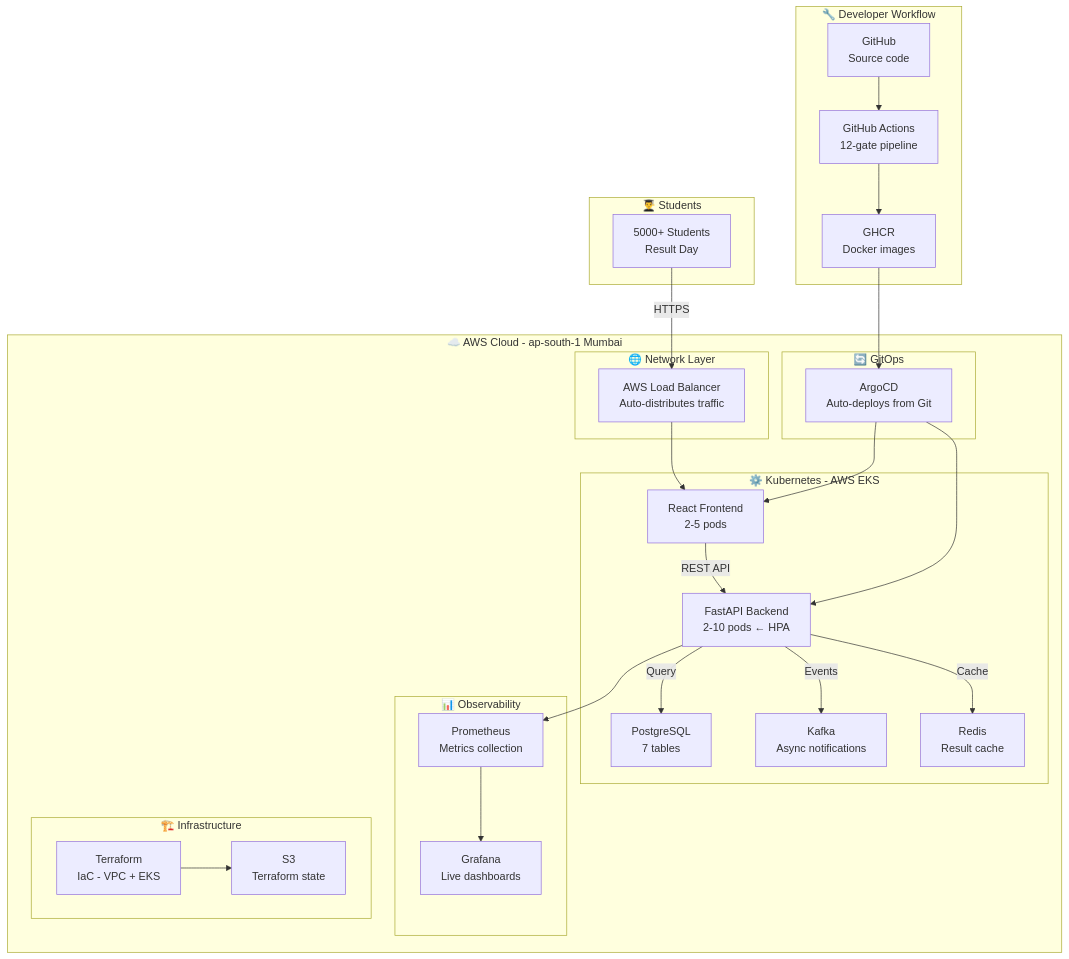
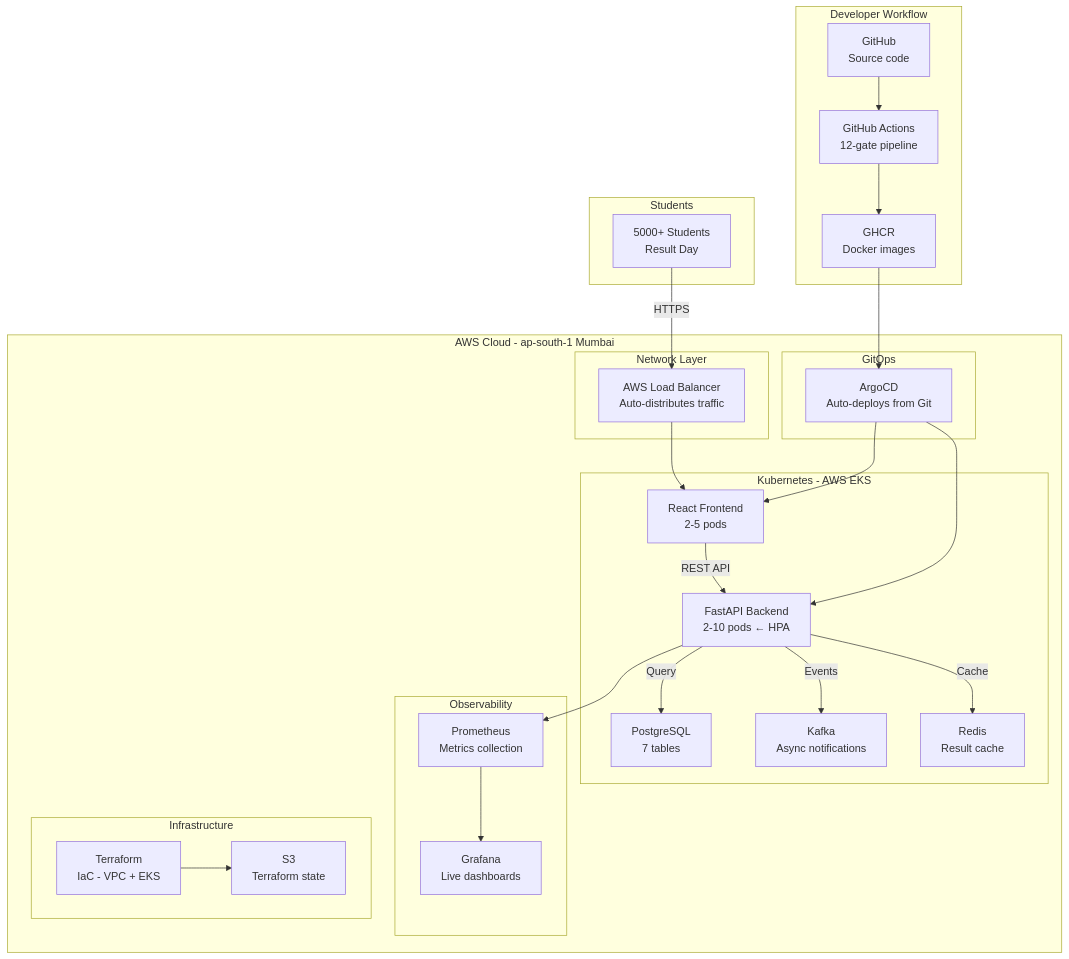
Before and after one commit to crms-devops/crms: the first of 7 diagrams in README.md, drawn with Mermaid. The commit also changed other lines of this file, not shown here.

````diff
--- a/README.md
+++ b/README.md
@@ -65,55 +65,55 @@
 ```mermaid
 graph TB
-    subgraph "👨‍🎓 Students"
+    subgraph " Students"
         S[5000+ Students<br/>Result Day]
     end
 
-    subgraph "☁️ AWS Cloud - ap-south-1 Mumbai"
-        subgraph "🌐 Network Layer"
+    subgraph " AWS Cloud - ap-south-1 Mumbai"
+        subgraph " Network Layer"
             LB[AWS Load Balancer<br/>Auto-distributes traffic]
         end
 
-        subgraph "⚙️ Kubernetes - AWS EKS"
+        subgraph " Kubernetes - AWS EKS"
             FE[React Frontend<br/>2-5 pods]
             BE[FastAPI Backend<br/>2-10 pods ← HPA]
             DB[PostgreSQL<br/>7 tables]
             KF[Kafka<br/>Async notifications]
             RD[Redis<br/>Result cache]
         end
 
-        subgraph "📊 Observability"
+        subgraph " Observability"
             PR[Prometheus<br/>Metrics collection]
             GR[Grafana<br/>Live dashboards]
         end
 
-        subgraph "🔄 GitOps"
+        subgraph " GitOps"
             AR[ArgoCD<br/>Auto-deploys from Git]
         end
 
-        subgraph "🏗️ Infrastructure"
+        subgraph " Infrastructure"
             TF[Terraform<br/>IaC - VPC + EKS]
             S3[S3<br/>Terraform state]
         end
     end
 
-    subgraph "🔧 Developer Workflow"
+    subgraph " Developer Workflow"
         GH[GitHub<br/>Source code]
         CI[GitHub Actions<br/>12-gate pipeline]
         CR[GHCR<br/>Docker images]
     end
 
     S -->|HTTPS| LB
     LB --> FE
     FE -->|REST API| BE
     BE -->|Query| DB
     BE -->|Cache| RD
     BE -->|Events| KF
     BE --> PR
     PR --> GR
     GH --> CI
     CI --> CR
     CR --> AR
     AR --> BE
     AR --> FE
     TF --> S3
 ```
````
